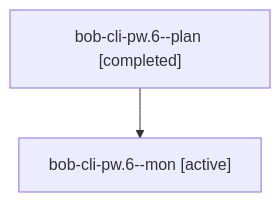
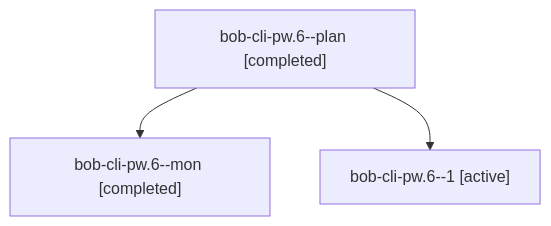
The diagram in sessions/bbugyi200.apollo.bob-cli-pw.6.md (bobs-org/bob-cli--agents), drawn with Mermaid before and after one commit. The commit also changed other lines of this file and 93 other files, not shown here.

````diff
--- a/sessions/bbugyi200.apollo.bob-cli-pw.6.md
+++ b/sessions/bbugyi200.apollo.bob-cli-pw.6.md
@@ -9,6 +9,8 @@
 ```mermaid
 flowchart TD
   n0["bob-cli-pw.6--plan [completed]"]
-  n1["bob-cli-pw.6--mon [active]"]
+  n1["bob-cli-pw.6--mon [completed]"]
   n0 --> n1
+  n2["bob-cli-pw.6--1 [active]"]
+  n0 --> n2
 ```
````
